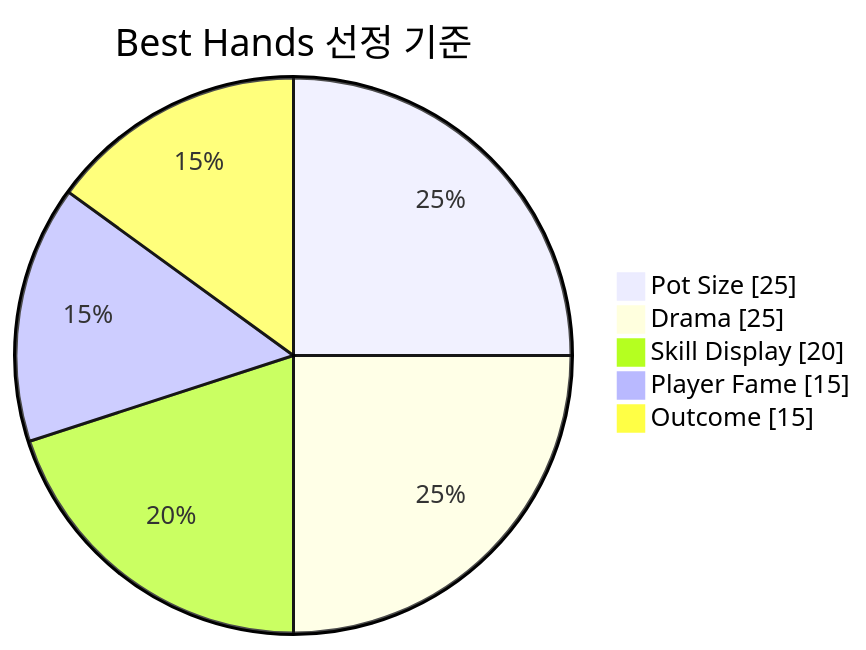
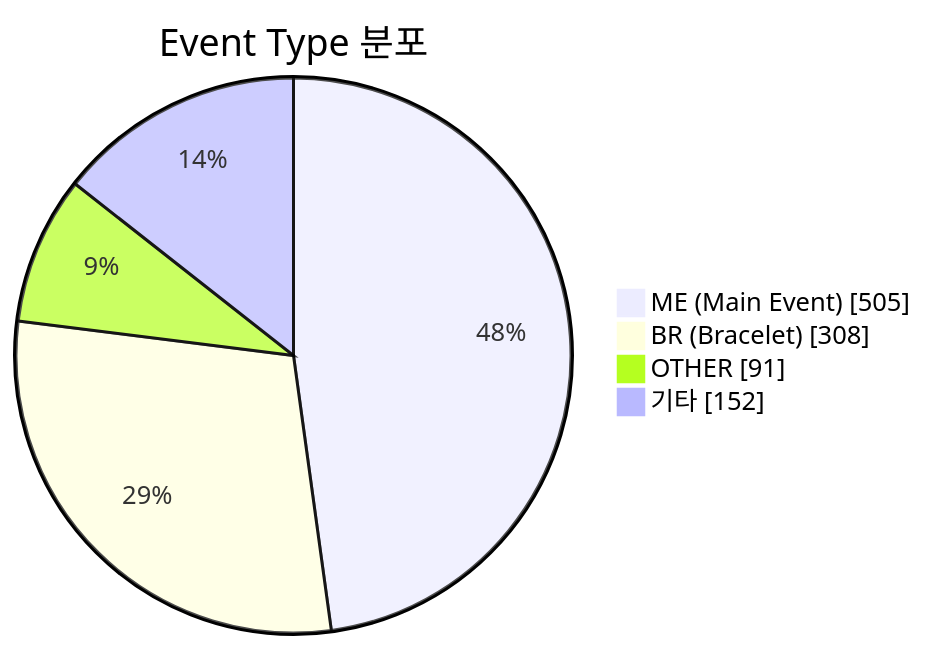
One commit to garimto81/wsoptv_v2 changed the fifth of 9 diagrams in tasks/prds/0010-prd-wsoptv/03-content-strategy.md. Above: the diagram before and after it, drawn with Mermaid. The commit also changed other lines of this file and 27 other files, not shown here.

````diff
--- a/tasks/prds/0010-prd-wsoptv/03-content-strategy.md
+++ b/tasks/prds/0010-prd-wsoptv/03-content-strategy.md
@@ -295,9 +131,8 @@
 ```mermaid
 pie showData
-    title Best Hands 선정 기준
-    "Pot Size" : 25
-    "Drama" : 25
-    "Skill Display" : 20
-    "Player Fame" : 15
-    "Outcome" : 15
+    title Event Type 분포
+    "ME (Main Event)" : 505
+    "BR (Bracelet)" : 308
+    "OTHER" : 91
+    "기타" : 152
 ```
````
